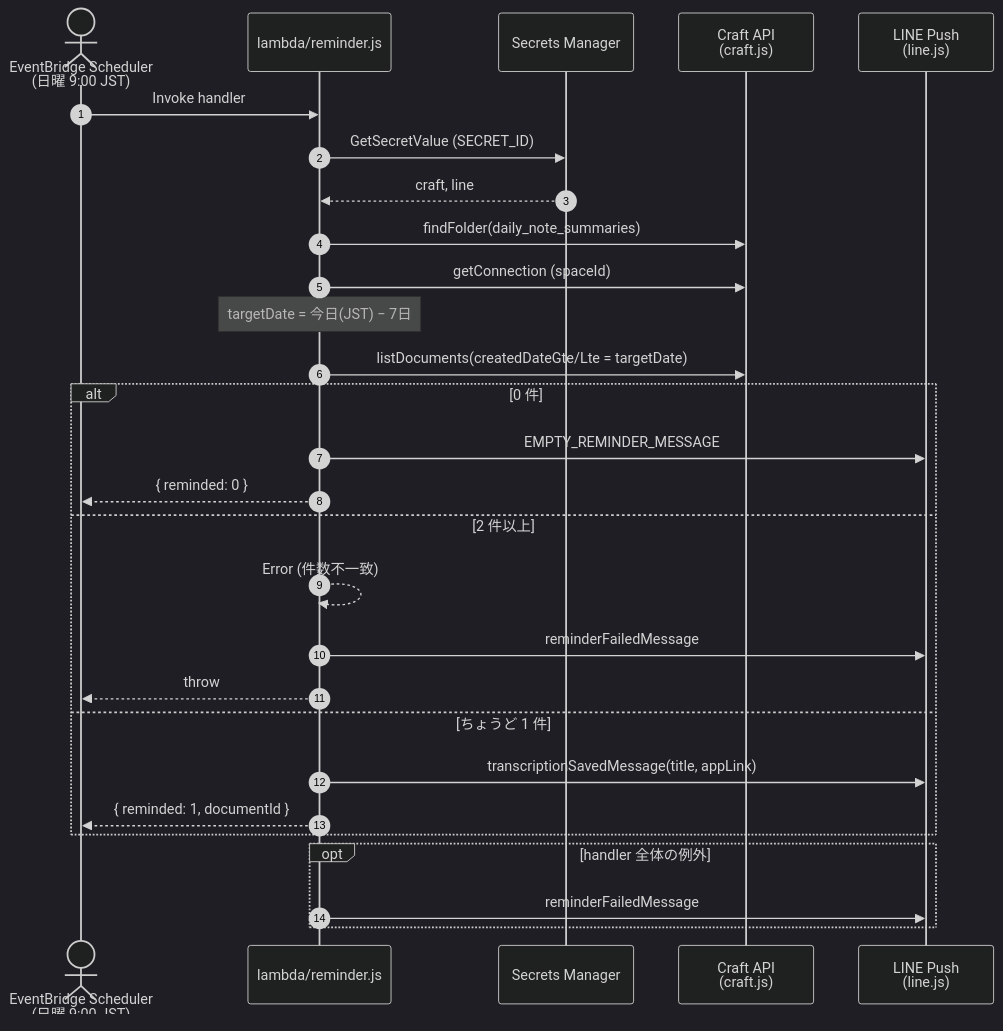
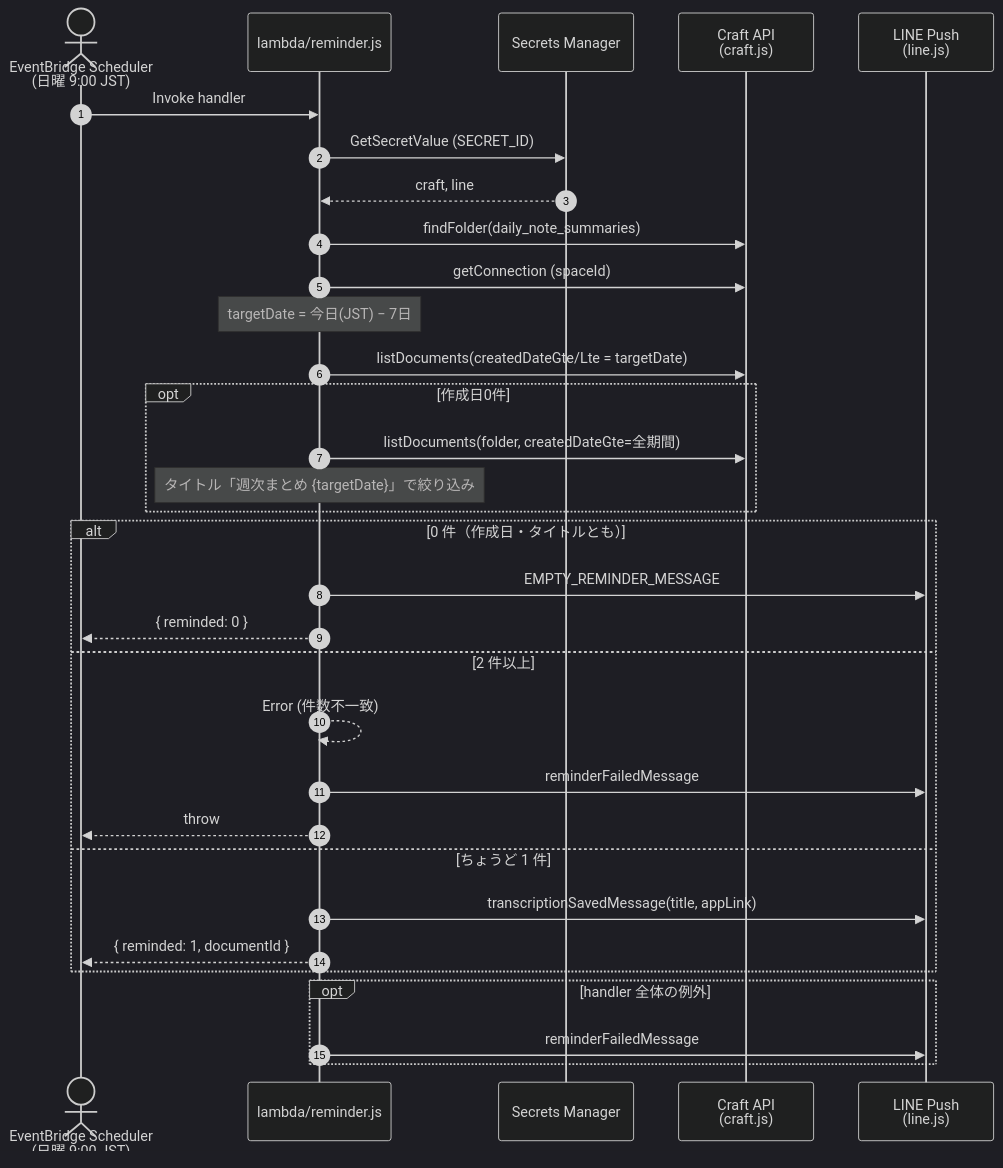
One commit to suzy1031/transcribe-save-to-notes-app changed the third of 4 diagrams in specifications/request-sequence.md. Above: the diagram before and after it, drawn with Mermaid (dark theme). The commit also changed 4 other files, not shown here.

````diff
--- a/specifications/request-sequence.md
+++ b/specifications/request-sequence.md
@@ -136,34 +136,38 @@
 ```mermaid
 sequenceDiagram
     autonumber
     actor Scheduler as EventBridge Scheduler<br/>(日曜 9:00 JST)
     participant Reminder as lambda/reminder.js
     participant SM as Secrets Manager
     participant Craft as Craft API<br/>(craft.js)
     participant Line as LINE Push<br/>(line.js)
 
     Scheduler->>Reminder: Invoke handler
     Reminder->>SM: GetSecretValue (SECRET_ID)
     SM-->>Reminder: craft, line
 
     Reminder->>Craft: findFolder(daily_note_summaries)
     Reminder->>Craft: getConnection (spaceId)
     Note over Reminder: targetDate = 今日(JST) − 7日
     Reminder->>Craft: listDocuments(createdDateGte/Lte = targetDate)
+    opt 作成日0件
+        Reminder->>Craft: listDocuments(folder, createdDateGte=全期間)
+        Note over Reminder: タイトル「週次まとめ {targetDate}」で絞り込み
+    end
 
-    alt 0 件
+    alt 0 件（作成日・タイトルとも）
         Reminder->>Line: EMPTY_REMINDER_MESSAGE
         Reminder-->>Scheduler: { reminded: 0 }
     else 2 件以上
         Reminder-->>Reminder: Error (件数不一致)
         Reminder->>Line: reminderFailedMessage
         Reminder-->>Scheduler: throw
     else ちょうど 1 件
         Reminder->>Line: transcriptionSavedMessage(title, appLink)
         Reminder-->>Scheduler: { reminded: 1, documentId }
     end
 
     opt handler 全体の例外
         Reminder->>Line: reminderFailedMessage
     end
 ```
````
